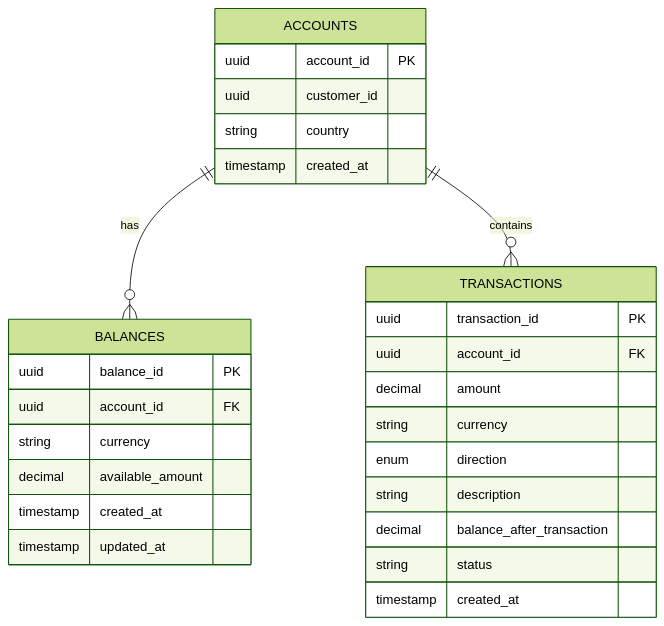
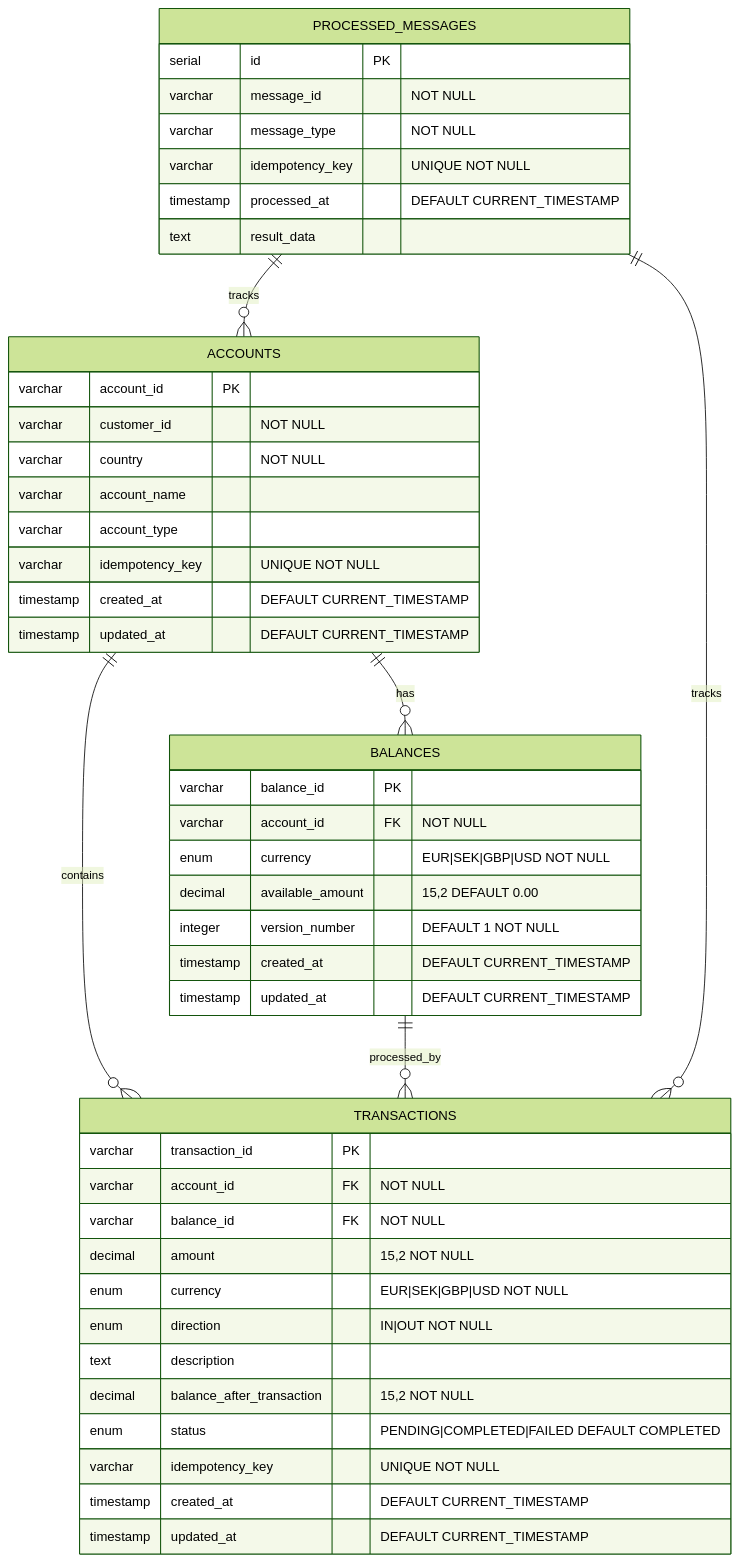
The second of 4 diagrams in README.md (Khaled12208/tuum-core-banking), drawn with Mermaid (forest theme) before and after one commit. The commit also changed other lines of this file and 130 other files, not shown here.

````diff
--- a/README.md
+++ b/README.md
@@ -167,30 +142,53 @@
 ```mermaid
 erDiagram
     ACCOUNTS ||--o{ BALANCES : "has"
     ACCOUNTS ||--o{ TRANSACTIONS : "contains"
+    BALANCES ||--o{ TRANSACTIONS : "processed_by"
+    PROCESSED_MESSAGES ||--o{ ACCOUNTS : "tracks"
+    PROCESSED_MESSAGES ||--o{ TRANSACTIONS : "tracks"
+
+    ACCOUNTS {
+        varchar account_id PK
+        varchar customer_id "NOT NULL"
+        varchar country "NOT NULL"
+        varchar account_name
+        varchar account_type
+        varchar idempotency_key "UNIQUE NOT NULL"
+        timestamp created_at "DEFAULT CURRENT_TIMESTAMP"
+        timestamp updated_at "DEFAULT CURRENT_TIMESTAMP"
+    }
+
     BALANCES {
-        uuid balance_id PK
-        uuid account_id FK
-        string currency
-        decimal available_amount
-        timestamp created_at
-        timestamp updated_at
+        varchar balance_id PK
+        varchar account_id FK "NOT NULL"
+        enum currency "EUR|SEK|GBP|USD NOT NULL"
+        decimal available_amount "15,2 DEFAULT 0.00"
+        integer version_number "DEFAULT 1 NOT NULL"
+        timestamp created_at "DEFAULT CURRENT_TIMESTAMP"
+        timestamp updated_at "DEFAULT CURRENT_TIMESTAMP"
     }
-    ACCOUNTS {
-        uuid account_id PK
-        uuid customer_id
-        string country
-        timestamp created_at
+
+    TRANSACTIONS {
+        varchar transaction_id PK
+        varchar account_id FK "NOT NULL"
+        varchar balance_id FK "NOT NULL"
+        decimal amount "15,2 NOT NULL"
+        enum currency "EUR|SEK|GBP|USD NOT NULL"
+        enum direction "IN|OUT NOT NULL"
+        text description
+        decimal balance_after_transaction "15,2 NOT NULL"
+        enum status "PENDING|COMPLETED|FAILED DEFAULT COMPLETED"
+        varchar idempotency_key "UNIQUE NOT NULL"
+        timestamp created_at "DEFAULT CURRENT_TIMESTAMP"
+        timestamp updated_at "DEFAULT CURRENT_TIMESTAMP"
     }
-    TRANSACTIONS {
-        uuid transaction_id PK
-        uuid account_id FK
-        decimal amount
-        string currency
-        enum direction
-        string description
-        decimal balance_after_transaction
-        string status
-        timestamp created_at
+
+    PROCESSED_MESSAGES {
+        serial id PK
+        varchar message_id "NOT NULL"
+        varchar message_type "NOT NULL"
+        varchar idempotency_key "UNIQUE NOT NULL"
+        timestamp processed_at "DEFAULT CURRENT_TIMESTAMP"
+        text result_data
     }
 ```
````
